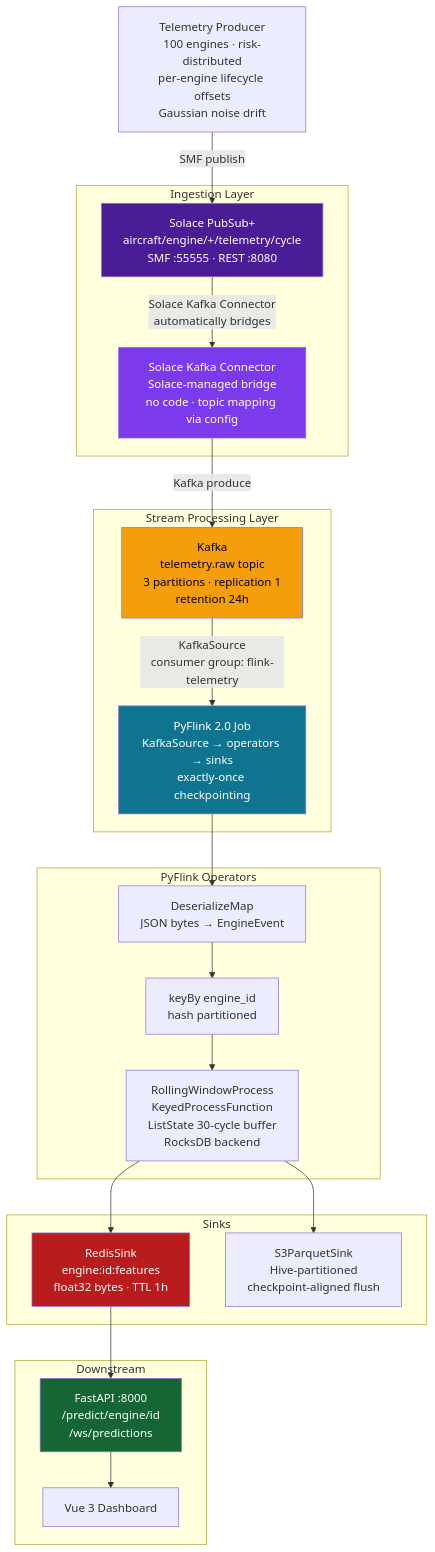
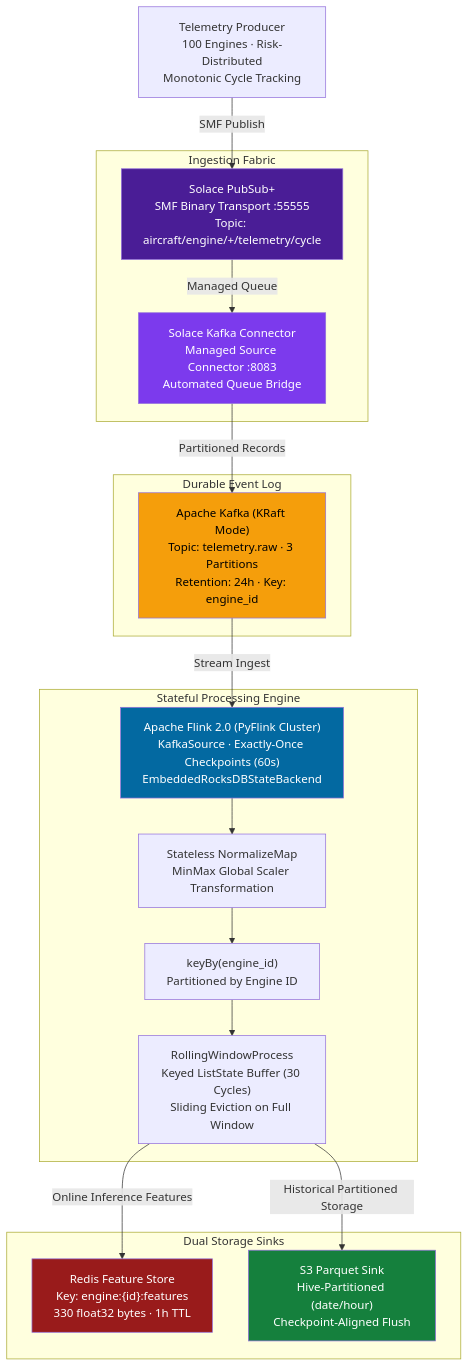
Before and after one commit to nasim-raj-laskar/Engine-RUL-Forcasting-system: the first of 3 diagrams in docs/06_streaming_pipeline.md, drawn with Mermaid. The commit also changed other lines of this file and 11 other files, not shown here.

````diff
--- a/docs/06_streaming_pipeline.md
+++ b/docs/06_streaming_pipeline.md
@@ -17,46 +11,40 @@
 ```mermaid
 flowchart TD
-    PROD["Telemetry Producer\n100 engines · risk-distributed\nper-engine lifecycle offsets\nGaussian noise drift"]
+    PROD["Telemetry Producer\n100 Engines · Risk-Distributed\nMonotonic Cycle Tracking"]
 
-    subgraph Ingestion["Ingestion Layer"]
-        SOL["Solace PubSub+\naircraft/engine/+/telemetry/cycle\nSMF :55555 · REST :8080"]
-        BRIDGE["Solace Kafka Connector\nSolace-managed bridge\nno code · topic mapping via config"]
+    subgraph Ingestion["Ingestion Fabric"]
+        SOL["Solace PubSub+\nSMF Binary Transport :55555\nTopic: aircraft/engine/+/telemetry/cycle"]
+        CONN["Solace Kafka Connector\nManaged Source Connector :8083\nAutomated Queue Bridge"]
     end
 
-    subgraph Streaming["Stream Processing Layer"]
-        KF["Kafka\ntelemetry.raw topic\n3 partitions · replication 1\nretention 24h"]
-        PF["PyFlink 2.0 Job\nKafkaSource → operators → sinks\nexactly-once checkpointing"]
+    subgraph Buffer["Durable Event Log"]
+        KF["Apache Kafka (KRaft Mode)\nTopic: telemetry.raw · 3 Partitions\nRetention: 24h · Key: engine_id"]
     end
 
-    subgraph Operators["PyFlink Operators"]
-        NF["DeserializeMap\nJSON bytes → EngineEvent"]
-        KBY["keyBy engine_id\nhash partitioned"]
-        RW["RollingWindowProcess\nKeyedProcessFunction\nListState 30-cycle buffer\nRocksDB backend"]
+    subgraph Processing["Stateful Processing Engine"]
+        FLINK["Apache Flink 2.0 (PyFlink Cluster)\nKafkaSource · Exactly-Once Checkpoints (60s)\nEmbeddedRocksDBStateBackend"]
+        NORM["Stateless NormalizeMap\nMinMax Global Scaler Transformation"]
+        KEY["keyBy(engine_id)\nPartitioned by Engine ID"]
+        WINDOW["RollingWindowProcess\nKeyed ListState Buffer (30 Cycles)\nSliding Eviction on Full Window"]
     end
 
-    subgraph Sinks["Sinks"]
-        RD["RedisSink\nengine:id:features\nfloat32 bytes · TTL 1h"]
-        S3["S3ParquetSink\nHive-partitioned\ncheckpoint-aligned flush"]
+    subgraph Sinks["Dual Storage Sinks"]
+        REDIS["Redis Feature Store\nKey: engine:{id}:features\n330 float32 bytes · 1h TTL"]
+        S3["S3 Parquet Sink\nHive-Partitioned (date/hour)\nCheckpoint-Aligned Flush"]
     end
 
-    subgraph Downstream["Downstream"]
-        API["FastAPI :8000\n/predict/engine/id\n/ws/predictions"]
-        FE["Vue 3 Dashboard"]
-    end
-
-    PROD -->|SMF publish| SOL
-    SOL -->|Solace Kafka Connector\nautomatically bridges| BRIDGE
-    BRIDGE -->|Kafka produce| KF
-    KF -->|KafkaSource\nconsumer group: flink-telemetry| PF
-    PF --> NF --> KBY --> RW
-    RW --> RD
-    RW --> S3
-    RD --> API --> FE
+    PROD -->|SMF Publish| SOL
+    SOL -->|Managed Queue| CONN
+    CONN -->|Partitioned Records| KF
+    KF -->|Stream Ingest| FLINK
+    FLINK --> NORM --> KEY --> WINDOW
+    WINDOW -->|Online Inference Features| REDIS
+    WINDOW -->|Historical Partitioned Storage| S3
 
     style SOL fill:#4a1d96,color:#fff
-    style BRIDGE fill:#7c3aed,color:#fff
+    style CONN fill:#7c3aed,color:#fff
     style KF fill:#f59e0b,color:#000
-    style PF fill:#0e7490,color:#fff
-    style RD fill:#b91c1c,color:#fff
-    style API fill:#166534,color:#fff
+    style FLINK fill:#0369a1,color:#fff
+    style REDIS fill:#991b1b,color:#fff
+    style S3 fill:#15803d,color:#fff
 ```
````
